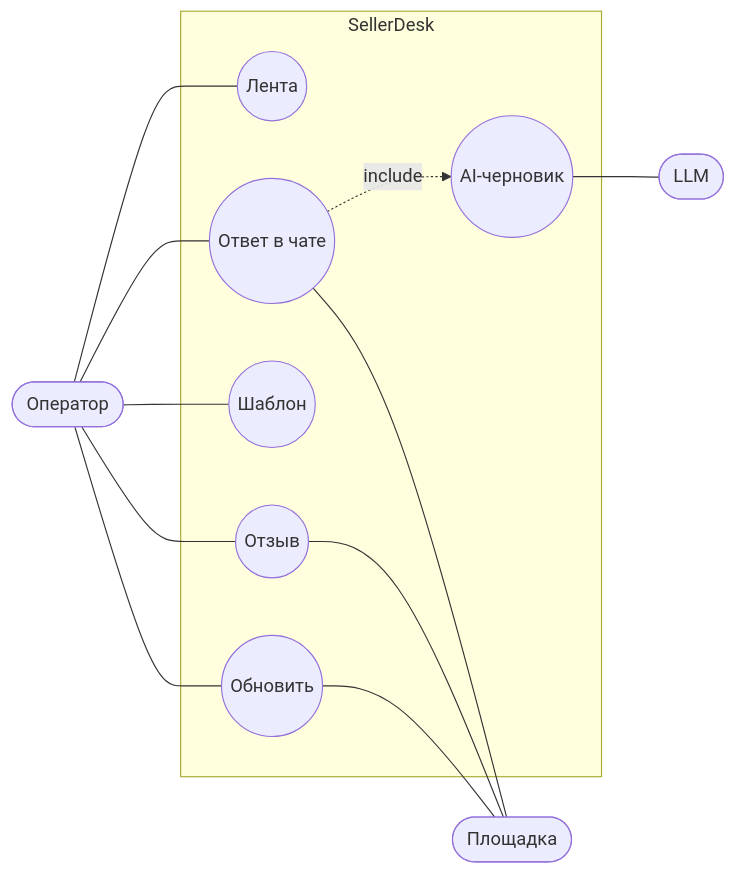
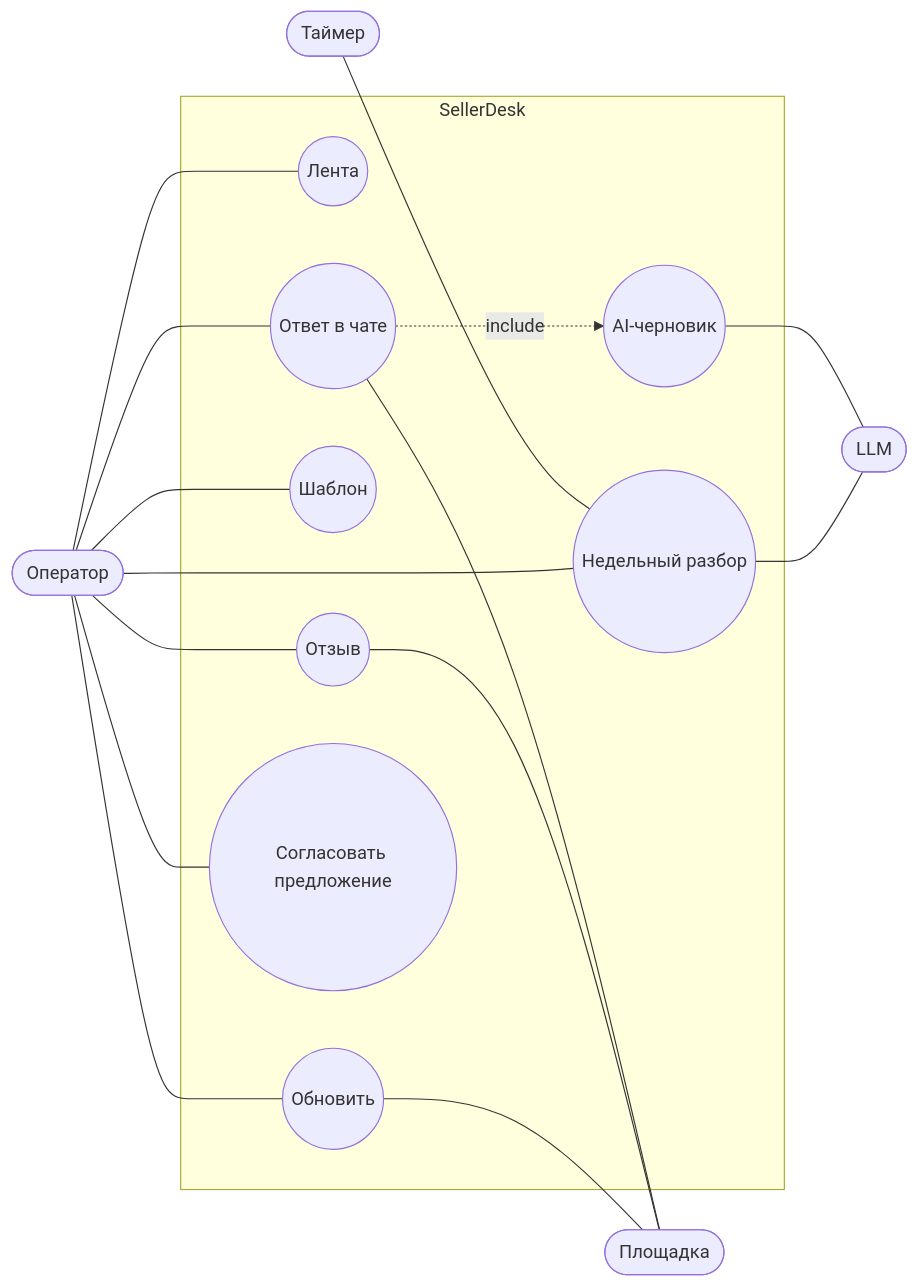
One commit to Georgy213123/sellerdesk changed the diagram in docs/02-analysis/use-cases.md. Above: the diagram before and after it, drawn with Mermaid. The commit also changed other lines of this file and 13 other files, not shown here.

````diff
--- a/docs/02-analysis/use-cases.md
+++ b/docs/02-analysis/use-cases.md
@@ -3,18 +3,24 @@
 ```mermaid
 flowchart LR
     op([Оператор])
     mp([Площадка])
     llm([LLM])
+    timer([Таймер])
     subgraph SellerDesk
         uc1((Лента))
         uc2((Ответ в чате))
         uc3((AI-черновик))
         uc4((Шаблон))
         uc5((Отзыв))
         uc6((Обновить))
+        uc7((Недельный разбор))
+        uc8((Согласовать предложение))
     end
     op --- uc1 & uc2 & uc4 & uc5 & uc6
     uc2 -. include .-> uc3
     uc3 --- llm
     uc2 & uc5 & uc6 --- mp
+    timer --- uc7
+    op --- uc7 & uc8
+    uc7 --- llm
 ```
````
